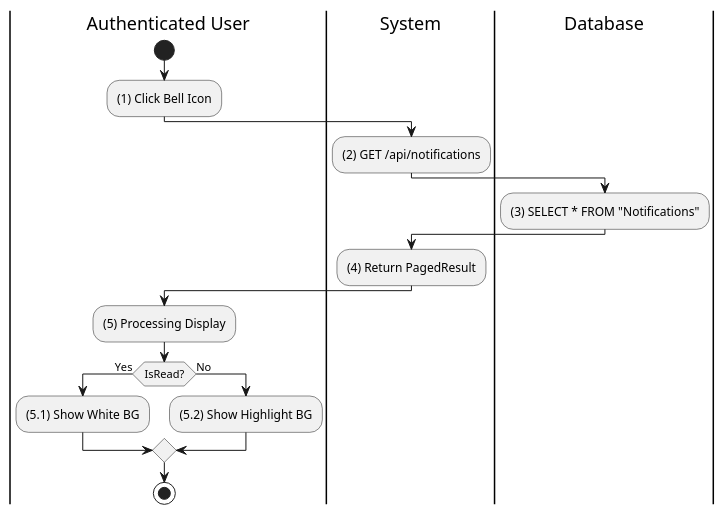
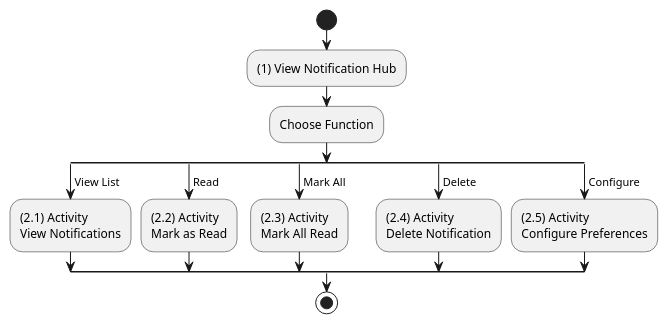
The first of 10 diagrams in UC_2.1.8_Monitor_Notification.md (I-Love-U-3000/Favi-BE), drawn with PlantUML before and after one commit. The commit also changed other lines of this file and 36 other files, not shown here.

````diff
--- a/UC_2.1.8_Monitor_Notification.md
+++ b/UC_2.1.8_Monitor_Notification.md
@@ -37,21 +30,25 @@
 ```plantuml
 @startuml
-|Authenticated User|
+|User|
 start
-:(1) Click Bell Icon;
-|System|
-:(2) GET /api/notifications;
-|Database|
-:(3) SELECT * FROM "Notifications";
-|System|
-:(4) Return PagedResult;
-|Authenticated User|
-:(5) Processing Display;
-if (IsRead?) then (Yes)
-  :(5.1) Show White BG;
-else (No)
-  :(5.2) Show Highlight BG;
-endif
+:(1) View Notification Hub;
+:Choose Function;
+split
+    -> View List;
+    :(2.1) Activity\nView Notifications;
+split again
+    -> Read;
+    :(2.2) Activity\nMark as Read;
+split again
+    -> Mark All;
+    :(2.3) Activity\nMark All Read;
+split again
+    -> Delete;
+    :(2.4) Activity\nDelete Notification;
+split again
+    -> Configure;
+    :(2.5) Activity\nConfigure Preferences;
+end split
 stop
 @enduml
 ```
````
